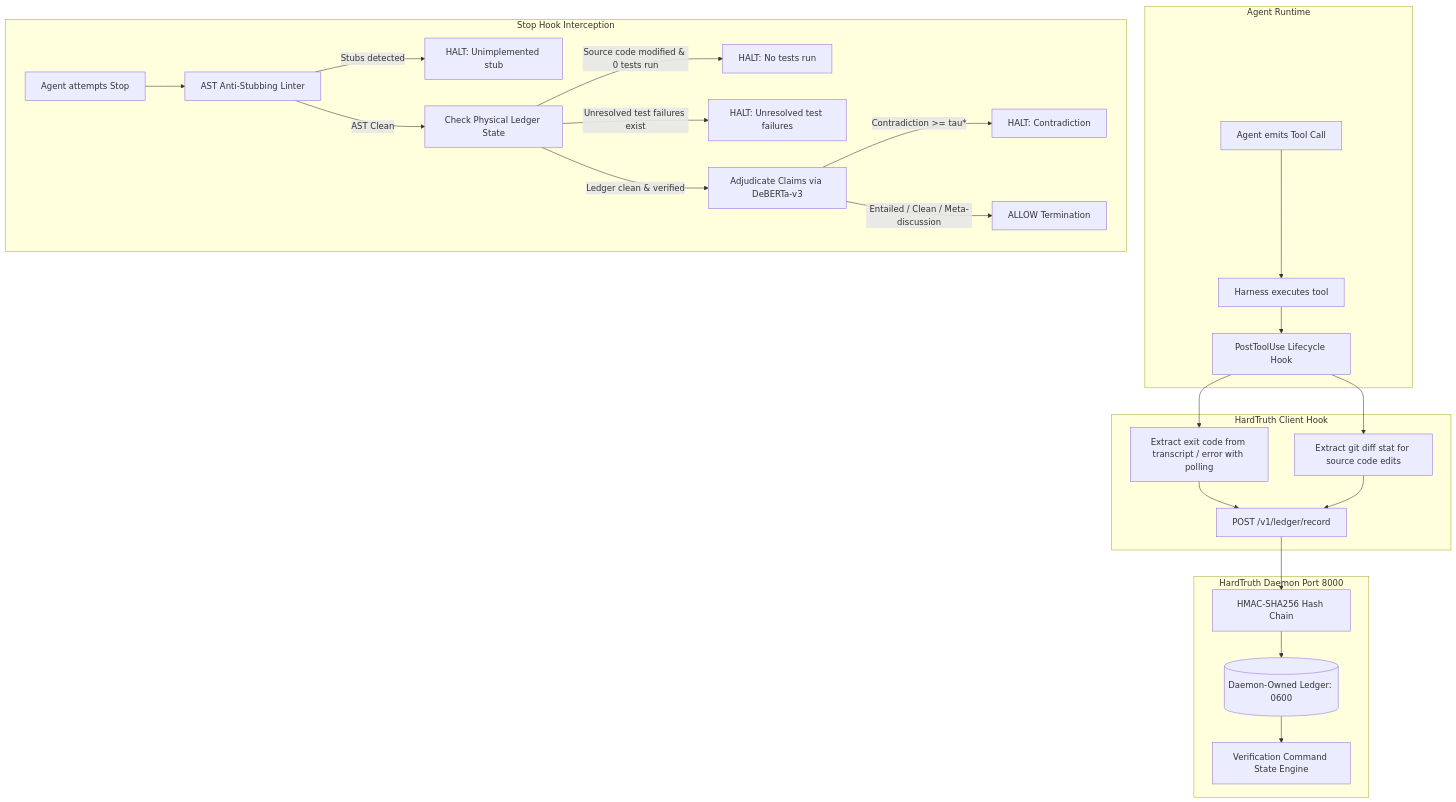
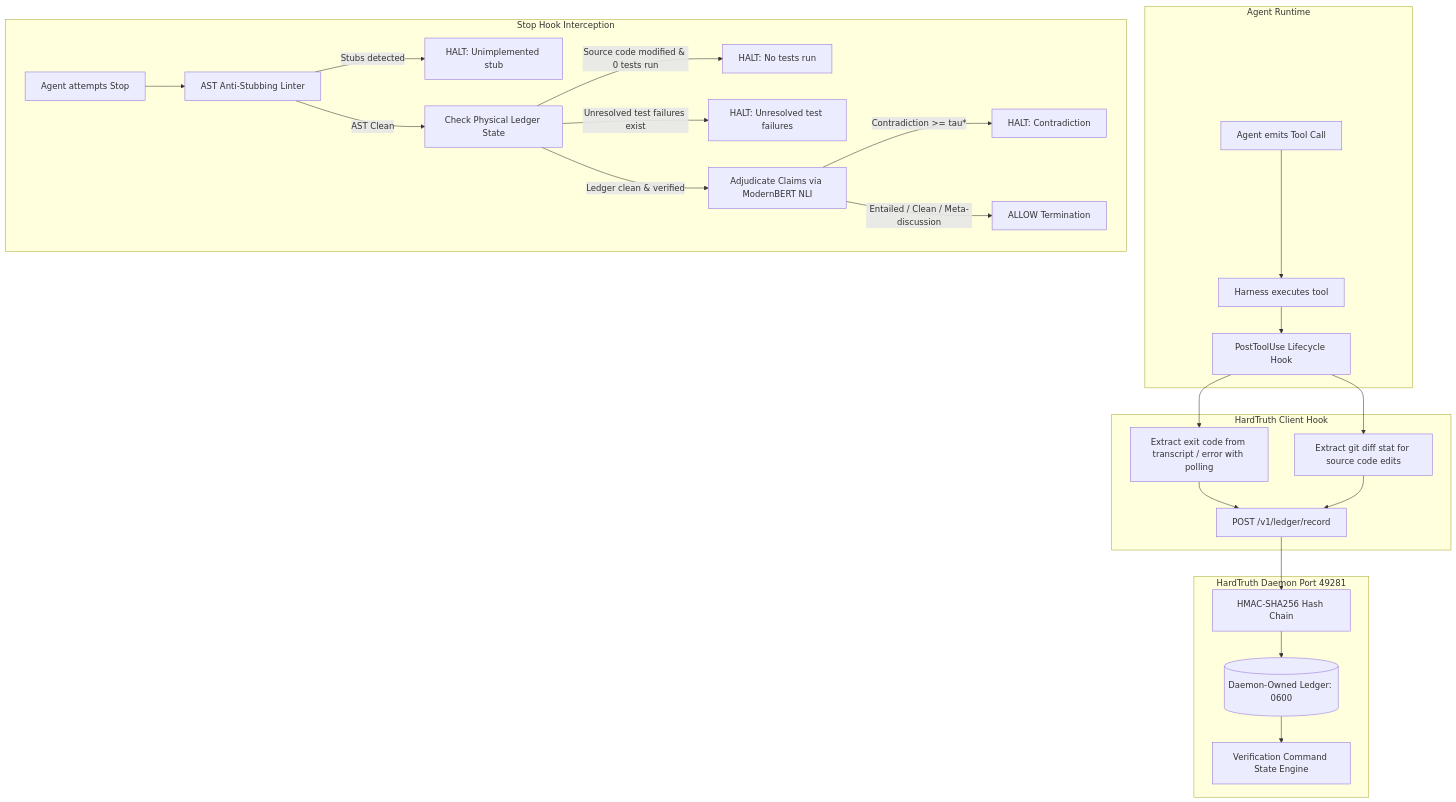
One commit to Vibherpunk/hardtruth changed the diagram in README.md. Above: the diagram before and after it, drawn with Mermaid. The commit also changed other lines of this file and 4 other files, not shown here.

Commit message:
feat(amuse): add Amuse agent & terminal HardTruth adapter, tests, and updated v2.1 docs

````diff
--- a/README.md
+++ b/README.md
@@ -66,30 +66,30 @@
 ```mermaid
 flowchart TD
     subgraph Agent Runtime
         A[Agent emits Tool Call] --> B[Harness executes tool]
         B --> C[PostToolUse Lifecycle Hook]
     end
 
     subgraph HardTruth Client Hook
         C --> D[Extract exit code from transcript / error with polling]
         C --> E[Extract git diff stat for source code edits]
         D & E --> F[POST /v1/ledger/record]
     end
 
-    subgraph HardTruth Daemon Port 8000
+    subgraph HardTruth Daemon Port 49281
         F --> G[HMAC-SHA256 Hash Chain]
         G --> H[(Daemon-Owned Ledger: 0600)]
         H --> I[Verification Command State Engine]
     end
 
     subgraph Stop Hook Interception
         J[Agent attempts Stop] --> K[AST Anti-Stubbing Linter]
         K -->|Stubs detected| N[HALT: Unimplemented stub]
         K -->|AST Clean| L[Check Physical Ledger State]
         L -->|Source code modified & 0 tests run| M[HALT: No tests run]
         L -->|Unresolved test failures exist| P[HALT: Unresolved test failures]
-        L -->|Ledger clean & verified| Q[Adjudicate Claims via DeBERTa-v3]
+        L -->|Ledger clean & verified| Q[Adjudicate Claims via ModernBERT NLI]
         Q -->|Contradiction >= tau*| R[HALT: Contradiction]
         Q -->|Entailed / Clean / Meta-discussion| S[ALLOW Termination]
     end
 ```
````
